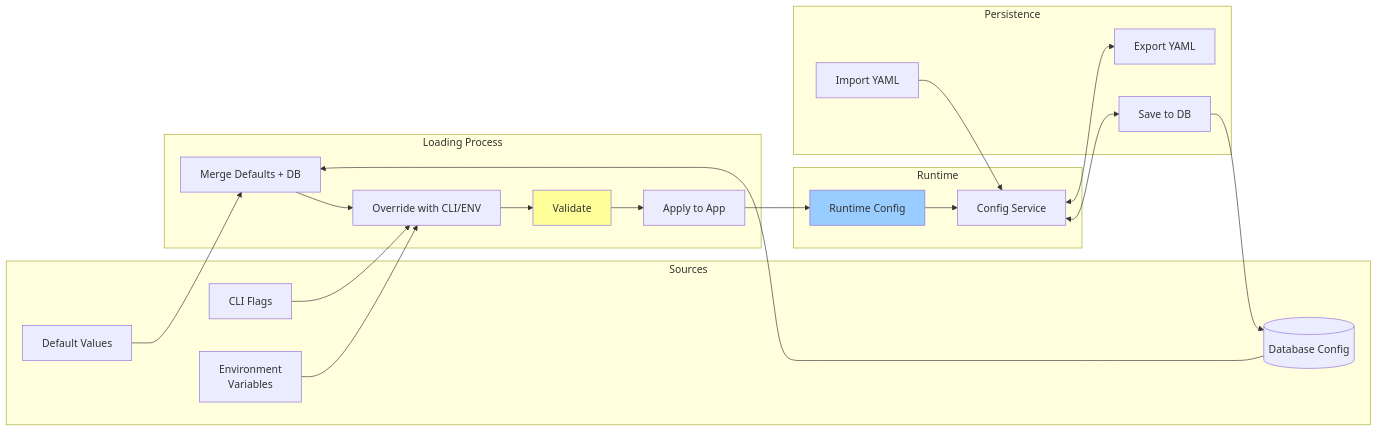
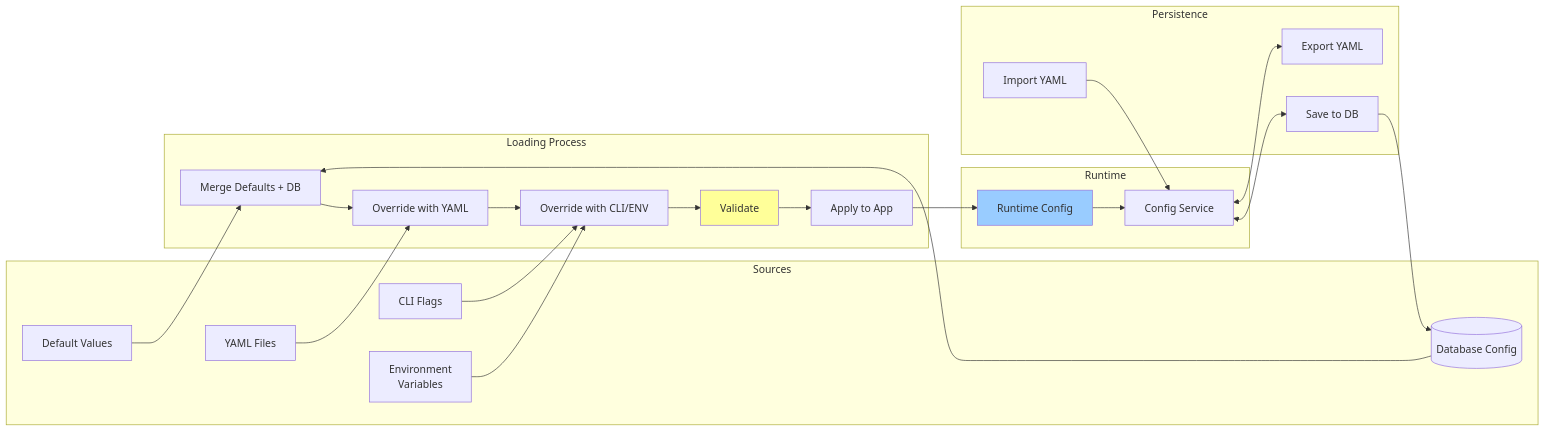
Before and after one commit to lbe/sfpg-go: the eighth of 9 diagrams in docs/diagrams/ARCHITECTURE_DIAGRAMS.md, drawn with Mermaid. The commit also changed other lines of this file and 180 other files, not shown here.

````diff
--- a/docs/diagrams/ARCHITECTURE_DIAGRAMS.md
+++ b/docs/diagrams/ARCHITECTURE_DIAGRAMS.md
@@ -365,47 +386,51 @@
 ```mermaid
 flowchart LR
     subgraph "Sources"
         Defaults[Default Values]
         DB[(Database Config)]
+        YAML[YAML Files]
         CLI[CLI Flags]
         ENV[Environment<br/>Variables]
     end
 
     subgraph "Loading Process"
         Merge1[Merge Defaults + DB]
-        Merge2[Override with CLI/ENV]
+        Merge2[Override with YAML]
+        Merge3[Override with CLI/ENV]
         Validate[Validate]
         Apply[Apply to App]
     end
 
     subgraph "Runtime"
         RuntimeConfig[Runtime Config]
         ConfigService[Config Service]
     end
 
     subgraph "Persistence"
         Save[Save to DB]
         Export[Export YAML]
         Import[Import YAML]
     end
 
     Defaults --> Merge1
     DB --> Merge1
     Merge1 --> Merge2
-    CLI --> Merge2
-    ENV --> Merge2
-    Merge2 --> Validate
+    YAML --> Merge2
+    Merge2 --> Merge3
+    CLI --> Merge3
+    ENV --> Merge3
+    Merge3 --> Validate
     Validate --> Apply
 
     Apply --> RuntimeConfig
     RuntimeConfig --> ConfigService
 
     ConfigService <--> Save
     Save --> DB
 
     ConfigService <--> Export
     Import --> ConfigService
 
     style Validate fill:#ff9
     style RuntimeConfig fill:#9cf
 ```
````
